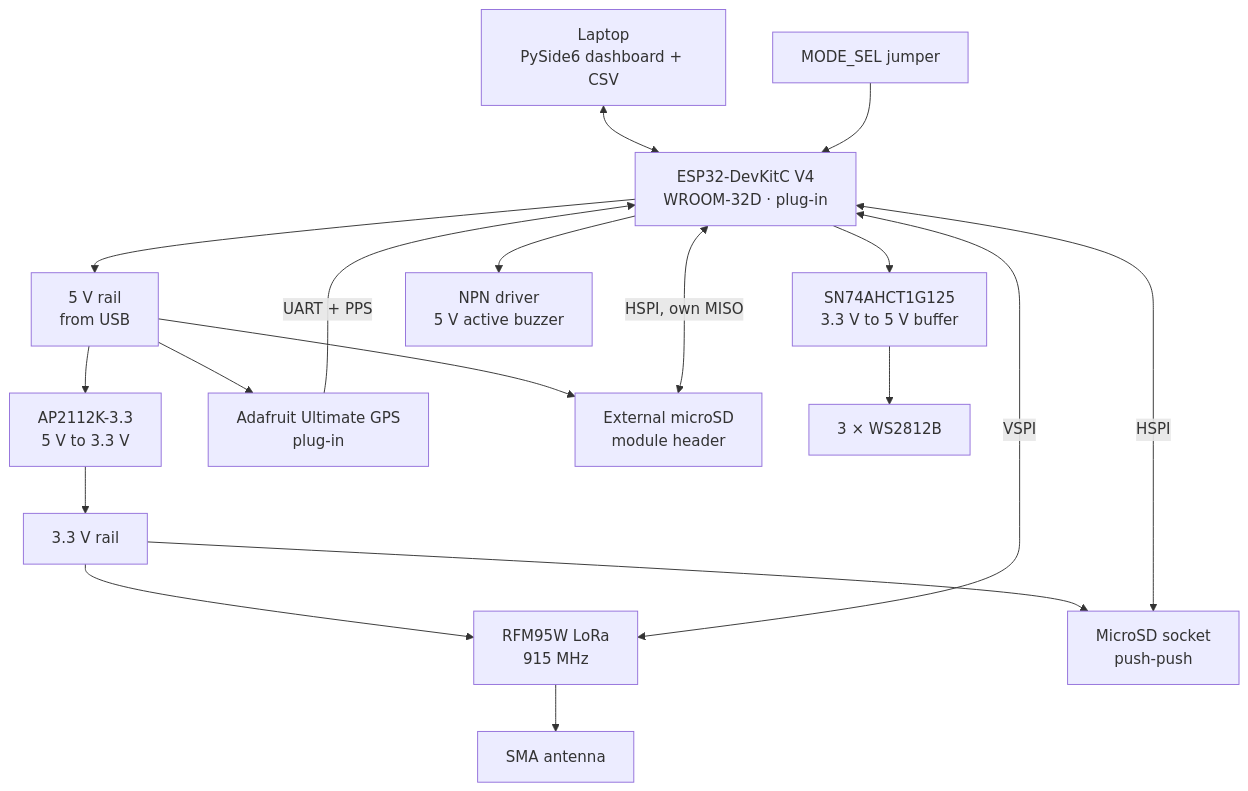
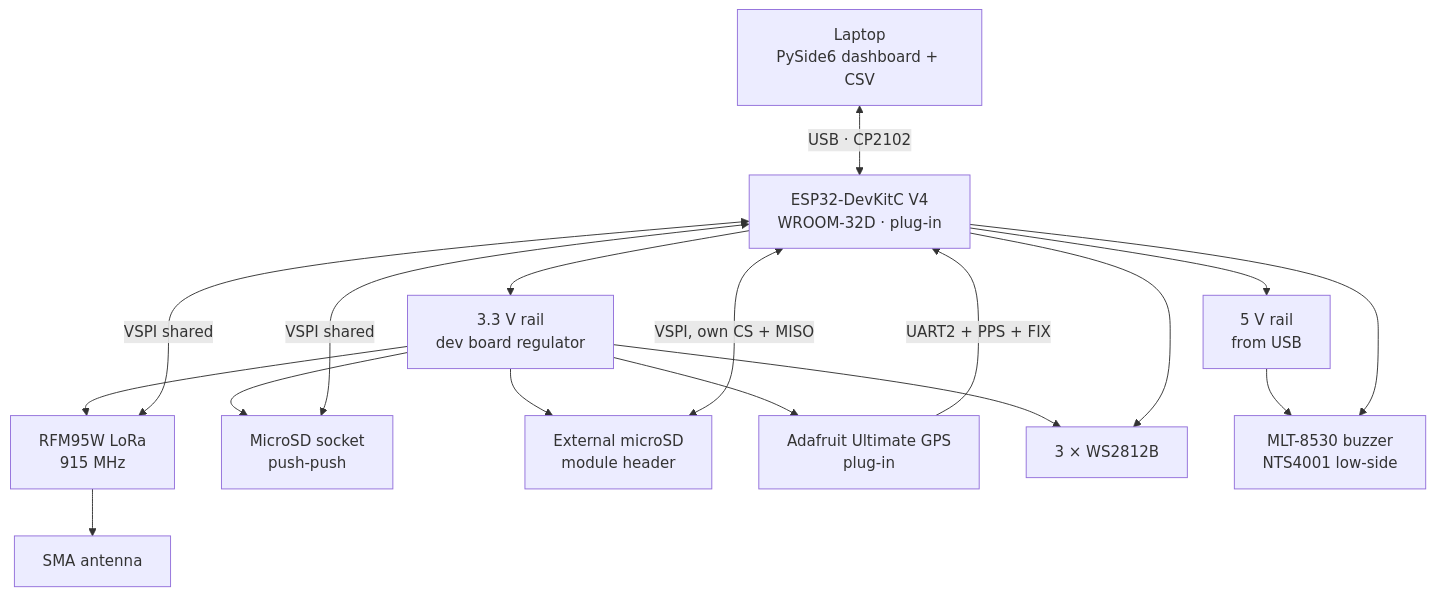
Before and after one commit to Emilio-Guadarrama/MAGNIS-v1-GroundStation: the diagram in README.md, drawn with Mermaid. The commit also changed other lines of this file and 45 other files, not shown here.

First line of the commit message:
Sync firmware, netlist, BOM and README with schematic VESTA-v1-SCH-01

````diff
--- a/README.md
+++ b/README.md
@@ -75,25 +78,23 @@
 ```mermaid
 flowchart TD
     PC[Laptop<br/>PySide6 dashboard + CSV]
-    PC <--> MCU[ESP32-DevKitC V4<br/>WROOM-32D · plug-in]
+    PC <-->|USB · CP2102| MCU[ESP32-DevKitC V4<br/>WROOM-32D · plug-in]
 
     MCU --> RAIL5[5 V rail<br/>from USB]
-    RAIL5 --> LDO33[AP2112K-3.3<br/>5 V to 3.3 V]
-    LDO33 --> RAIL33[3.3 V rail]
+    MCU --> RAIL33[3.3 V rail<br/>dev board regulator]
 
     RAIL33 --> LORA[RFM95W LoRa<br/>915 MHz]
     RAIL33 --> SD[MicroSD socket<br/>push-push]
-    RAIL5 --> GNSS[Adafruit Ultimate GPS<br/>plug-in]
-    RAIL5 --> EXTSD[External microSD<br/>module header]
+    RAIL33 --> EXTSD[External microSD<br/>module header]
+    RAIL33 --> GNSS[Adafruit Ultimate GPS<br/>plug-in]
+    RAIL33 --> LED[3 × WS2812B]
+    RAIL5 --> BUZ[MLT-8530 buzzer<br/>NTS4001 low-side]
 
-    MCU <-->|VSPI| LORA
+    MCU <-->|VSPI shared| LORA
+    MCU <-->|VSPI shared| SD
+    MCU <-->|VSPI, own CS + MISO| EXTSD
     LORA --> ANT[SMA antenna]
-    MCU <-->|HSPI| SD
-    MCU <-->|HSPI, own MISO| EXTSD
-    GNSS -->|UART + PPS| MCU
-
-    MCU --> BUF[SN74AHCT1G125<br/>3.3 V to 5 V buffer]
-    BUF --> LED[3 × WS2812B]
-    MCU --> BUZ[NPN driver<br/>5 V active buzzer]
-    MODE[MODE_SEL jumper] --> MCU
+    GNSS -->|UART2 + PPS + FIX| MCU
+    MCU --> LED
+    MCU --> BUZ
 ```
````
